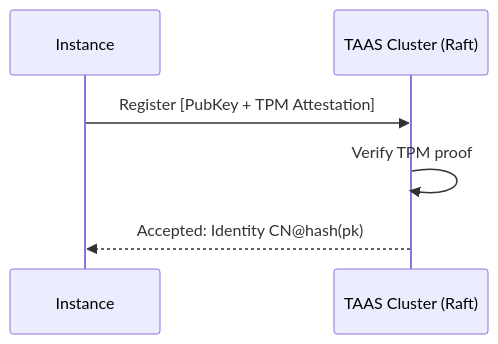
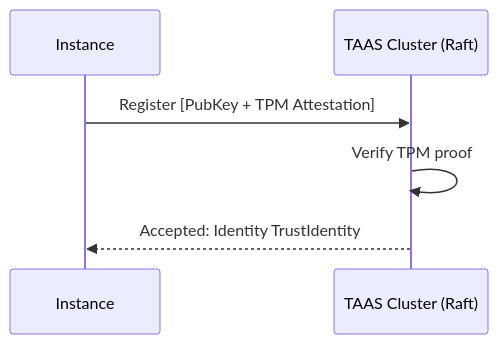
One commit to cyfko/veridot changed the diagram in docs/docs/learn/going-distributed.md. Above: the diagram before and after it, drawn with Mermaid. The commit also changed other lines of this file and 31 other files, not shown here.

Commit message:
docs: align documentation with Veridot V5 Zero-Trust architecture

````diff
--- a/docs/docs/learn/going-distributed.md
+++ b/docs/docs/learn/going-distributed.md
@@ -31,9 +32,9 @@
 ```mermaid
 sequenceDiagram
     participant Instance
     participant TAAS Cluster (Raft)
     
     Instance->>TAAS Cluster (Raft): Register [PubKey + TPM Attestation]
     TAAS Cluster (Raft)->>TAAS Cluster (Raft): Verify TPM proof
-    TAAS Cluster (Raft)-->>Instance: Accepted: Identity CN@hash(pk)
+    TAAS Cluster (Raft)-->>Instance: Accepted: Identity TrustIdentity
 ```
````
